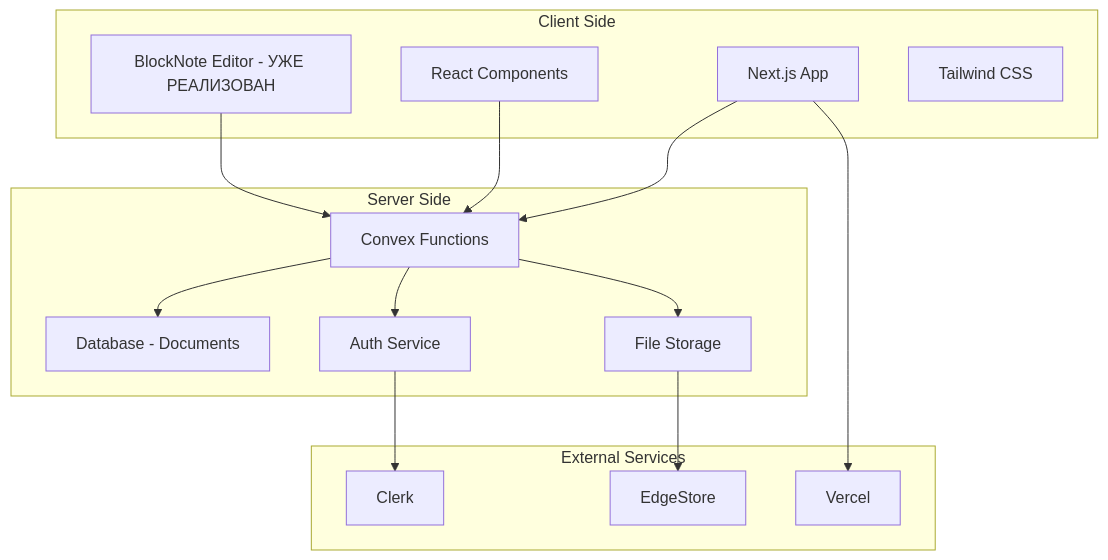
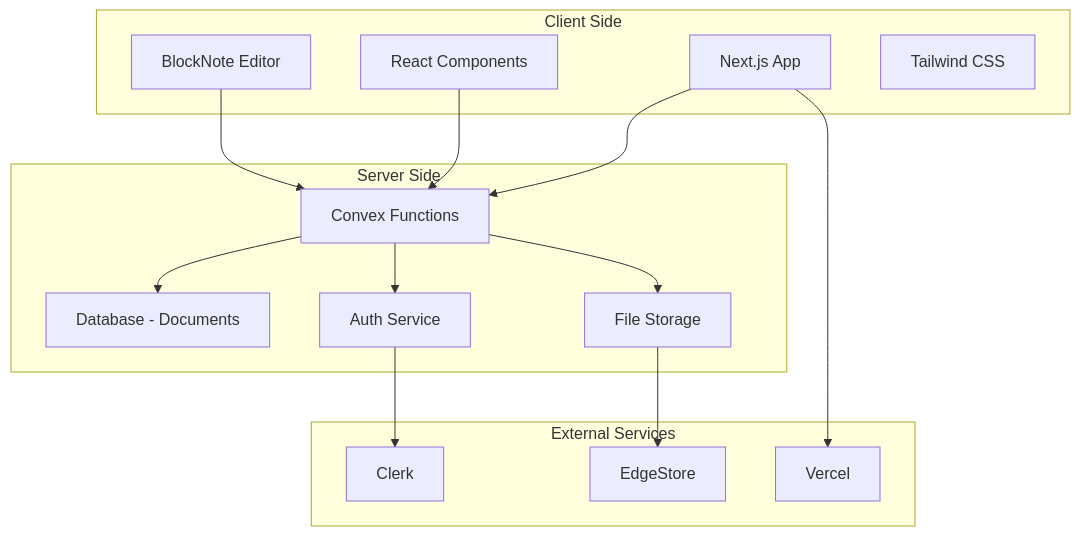
The ninth of 11 diagrams in ARCHITECTURE_DIAGRAM.md (a1x02/BiGOR_2.0), drawn with Mermaid before and after one commit. The commit also changed other lines of this file, not shown here.

````diff
--- a/ARCHITECTURE_DIAGRAM.md
+++ b/ARCHITECTURE_DIAGRAM.md
@@ -406,32 +406,32 @@
 ```mermaid
 graph TB
     subgraph "Client Side"
         A[Next.js App]
         B[React Components]
-        C[BlockNote Editor - УЖЕ РЕАЛИЗОВАН]
+        C[BlockNote Editor]
         D[Tailwind CSS]
     end
 
     subgraph "Server Side"
         E[Convex Functions]
         F[Database - Documents]
         G[File Storage]
         H[Auth Service]
     end
 
     subgraph "External Services"
         I[Clerk]
         J[EdgeStore]
         K[Vercel]
     end
 
     A --> E
     B --> E
     C --> E
     E --> F
     E --> G
     E --> H
     H --> I
     G --> J
     A --> K
 ```
````
